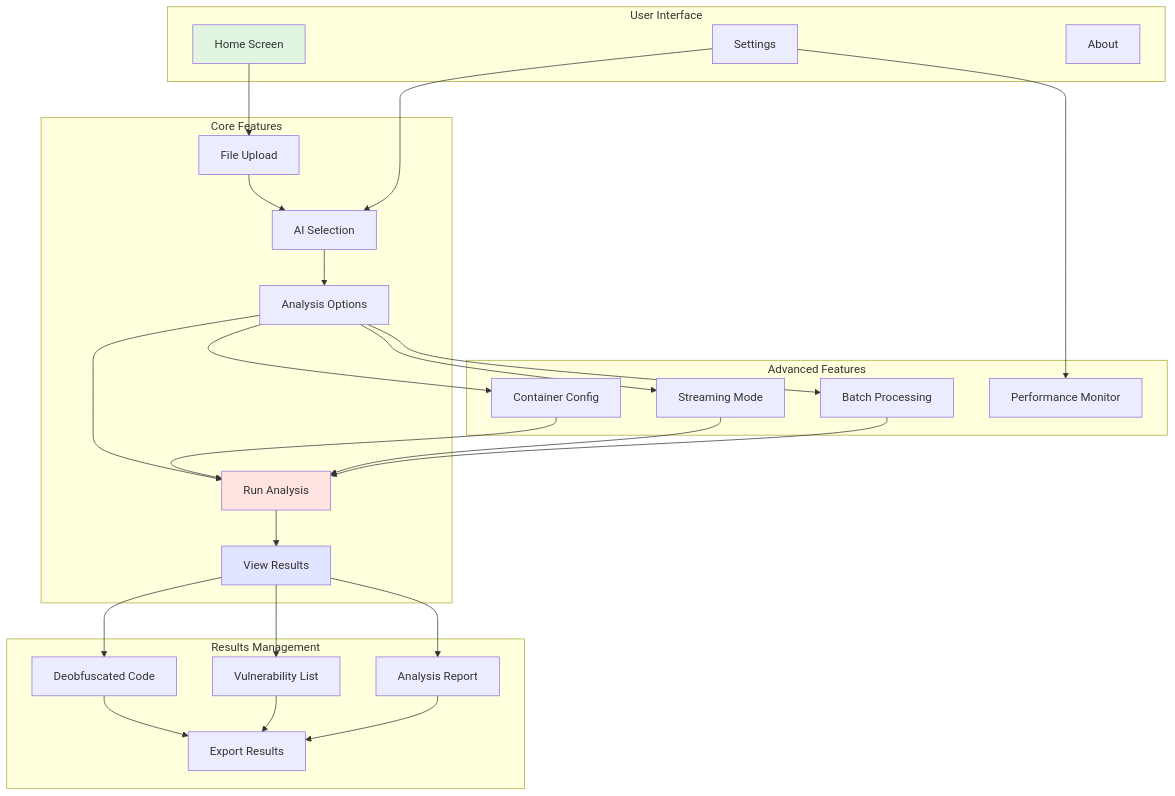
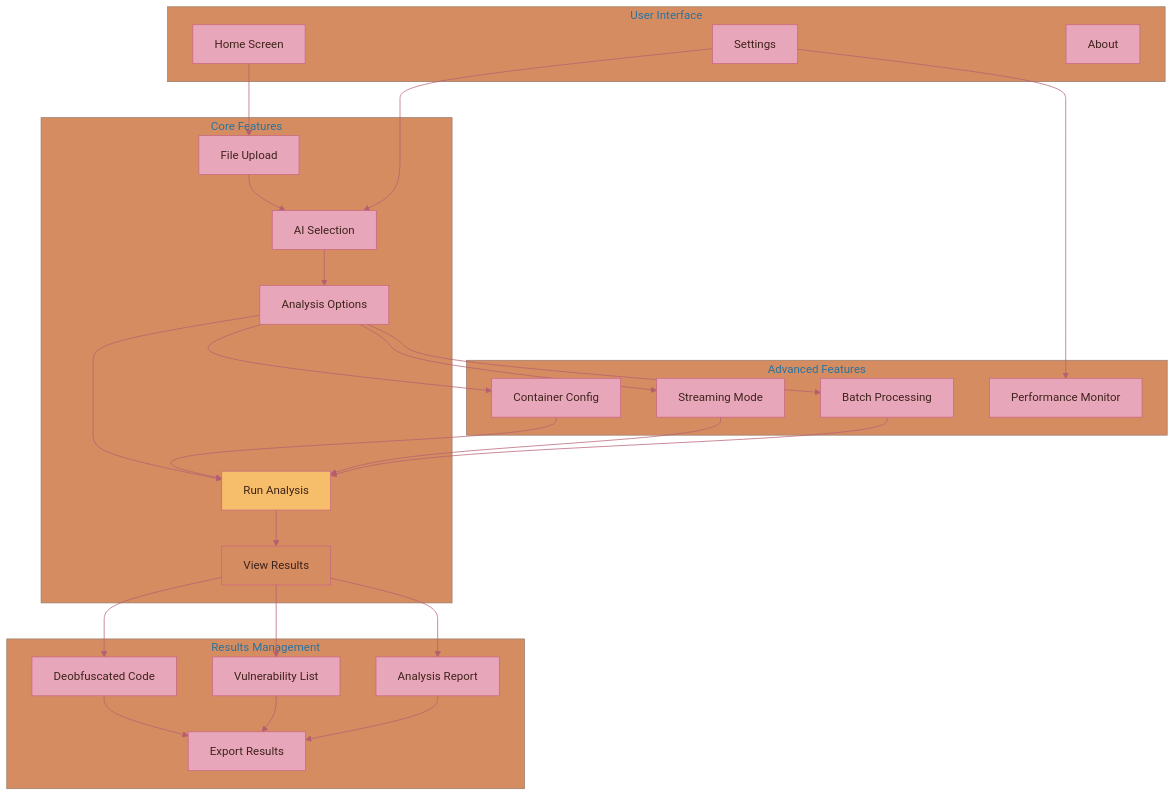
One commit to radicalkjax/Athena changed the second of 16 diagrams in docs/USER_GUIDE.md. Above: the diagram before and after it, drawn with Mermaid. The commit also changed other lines of this file and 5 other files, not shown here.

````diff
--- a/docs/USER_GUIDE.md
+++ b/docs/USER_GUIDE.md
@@ -85,58 +102,75 @@
 ```mermaid
+%%{init: {
+  'theme': 'base',
+  'themeVariables': {
+    'primaryColor': '#E8A6BA',
+    'primaryTextColor': '#3E231A',
+    'primaryBorderColor': '#C86681',
+    'lineColor': '#B65E71',
+    'secondaryColor': '#F6BD6B',
+    'tertiaryColor': '#D58C61',
+    'background': '#FFFFFF',
+    'mainBkg': '#E8A6BA',
+    'secondBkg': '#F6BD6B',
+    'tertiaryBkg': '#D58C61',
+    'textColor': '#3E231A',
+    'fontFamily': 'Arial, sans-serif'
+  }
+}}%%
 graph TB
     subgraph "User Interface"
         Home[Home Screen]
         Settings[Settings]
         About[About]
     end
     
     subgraph "Core Features"
         Upload[File Upload]
         AISelect[AI Selection]
         Options[Analysis Options]
         Analyze[Run Analysis]
         Results[View Results]
     end
     
     subgraph "Advanced Features"
         Container[Container Config]
         Stream[Streaming Mode]
         Batch[Batch Processing]
         Monitor[Performance Monitor]
     end
     
     subgraph "Results Management"
         Deobfuscated[Deobfuscated Code]
         Vulnerabilities[Vulnerability List]
         Report[Analysis Report]
         Export[Export Results]
     end
     
     Home --> Upload
     Upload --> AISelect
     AISelect --> Options
     Options --> Container
     Options --> Stream
     Options --> Batch
     
     Options --> Analyze
     Container --> Analyze
     Stream --> Analyze
     Batch --> Analyze
     
     Analyze --> Results
     Results --> Deobfuscated
     Results --> Vulnerabilities
     Results --> Report
     
     Deobfuscated --> Export
     Vulnerabilities --> Export
     Report --> Export
     
     Settings --> AISelect
     Settings --> Monitor
     
-    style Home fill:#e1f5e1
-    style Analyze fill:#ffe4e1
-    style Results fill:#e1e5ff
+    style Home fill:#E8A6BA
+    style Analyze fill:#F6BD6B
+    style Results fill:#D58C61
 ```
````
